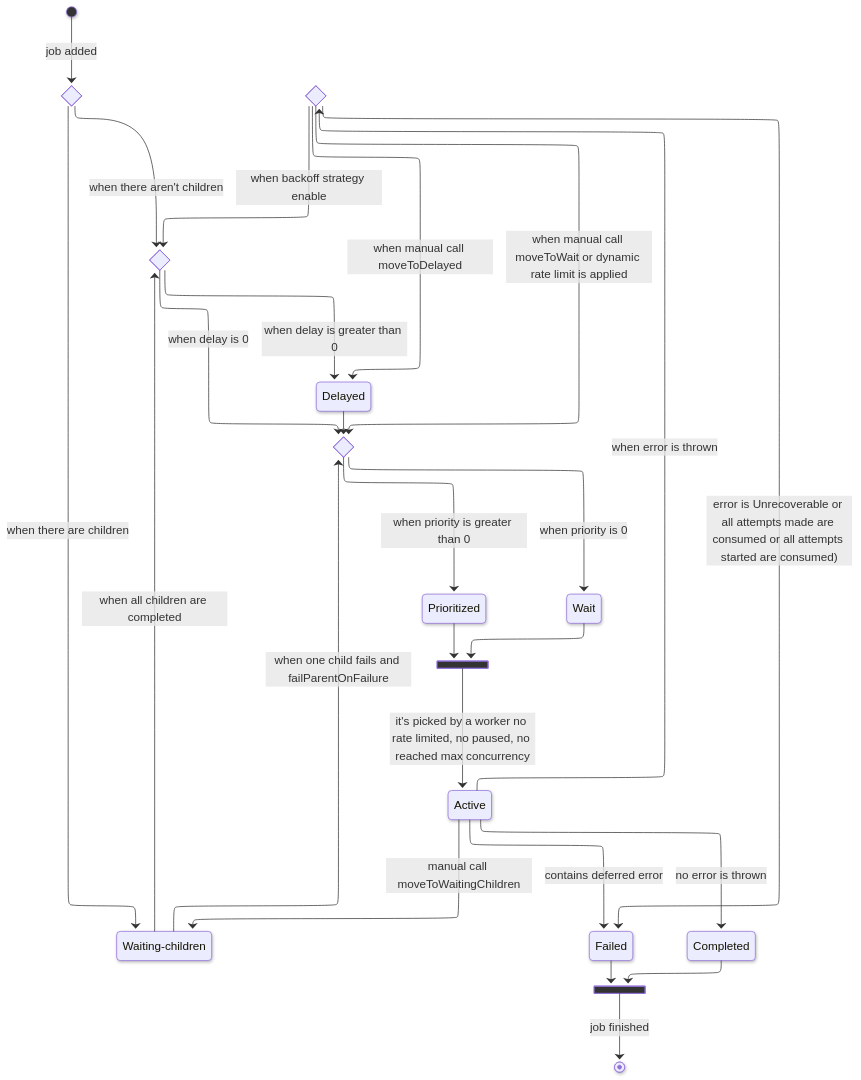
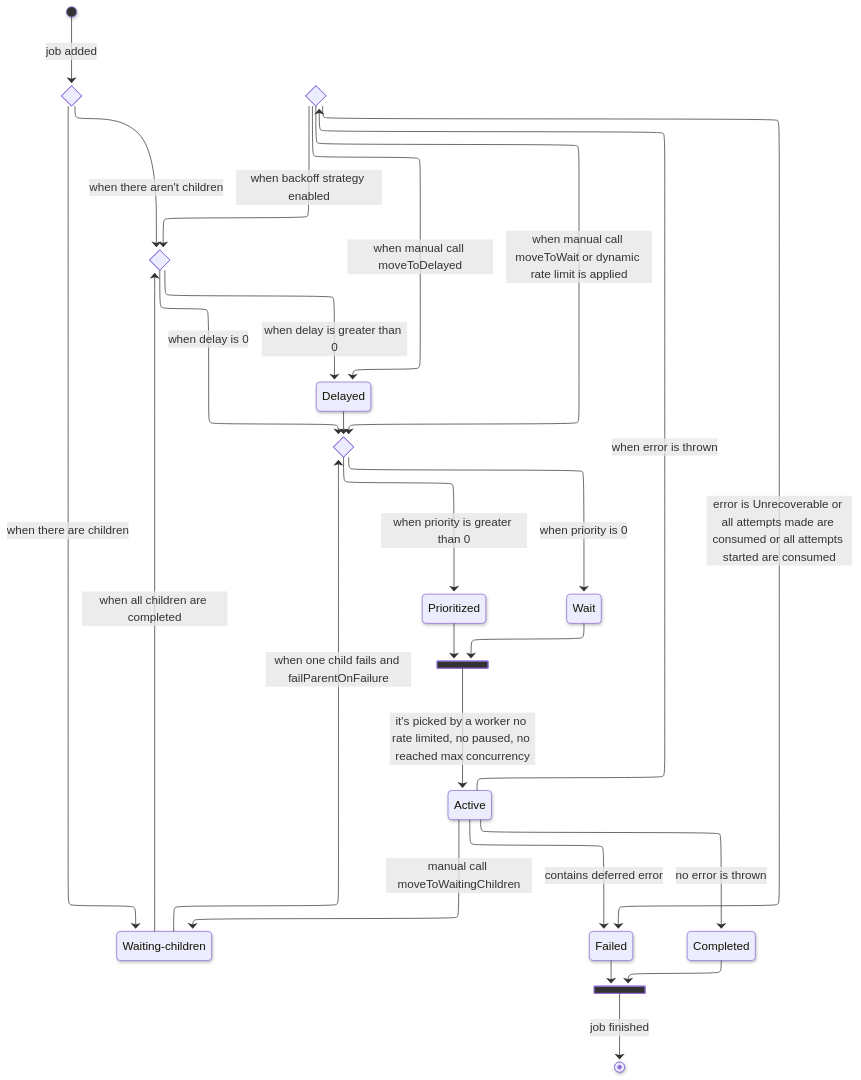
One commit to taskforcesh/bullmq changed the diagram in docs/gitbook/.gitbook/assets/flow-architecture.mmd. Above: the diagram before and after it, drawn with Mermaid.

```diff
--- a/docs/gitbook/.gitbook/assets/flow-architecture.mmd
+++ b/docs/gitbook/.gitbook/assets/flow-architecture.mmd
@@ -1,38 +1,38 @@
 ---
 config:
   layout: elk
   look: neo
 ---
 stateDiagram
   direction TB
   state jobAdded <<choice>>
   state delayChoice <<choice>>
   state priorityChoice <<choice>>
   state errorChoice <<choice>>
   state jobFinished <<join>>
   state workerPickup <<join>>
   [*] --> jobAdded:job added
   jobAdded --> WaitingChildren:when there are children
   jobAdded --> delayChoice:when there aren't children
   delayChoice --> priorityChoice:when delay is 0
   delayChoice --> Delayed:when delay is greater than 0
   priorityChoice --> Prioritized:when priority is greater than 0
   priorityChoice --> Wait:when priority is 0
   WaitingChildren --> delayChoice:when all children are completed
   WaitingChildren --> priorityChoice:when one child fails and failParentOnFailure
   Delayed --> priorityChoice
-  errorChoice --> delayChoice:when backoff strategy enable
+  errorChoice --> delayChoice:when backoff strategy enabled
   errorChoice --> Delayed:when manual call moveToDelayed
   errorChoice --> priorityChoice:when manual call moveToWait or dynamic rate limit is applied
-  errorChoice --> Failed:error is Unrecoverable or all attempts made are consumed or all attempts started are consumed)
+  errorChoice --> Failed:error is Unrecoverable or all attempts made are consumed or all attempts started are consumed
   Prioritized --> workerPickup
   Wait --> workerPickup
   workerPickup --> Active:it's picked by a worker no rate limited, no paused, no reached max concurrency
   Active --> errorChoice:when error is thrown
   Active --> Failed:contains deferred error
   Active --> WaitingChildren:manual call moveToWaitingChildren
   Active --> Completed:no error is thrown
   Completed --> jobFinished
   Failed --> jobFinished
   jobFinished --> [*]:job finished
   WaitingChildren:Waiting-children
```
